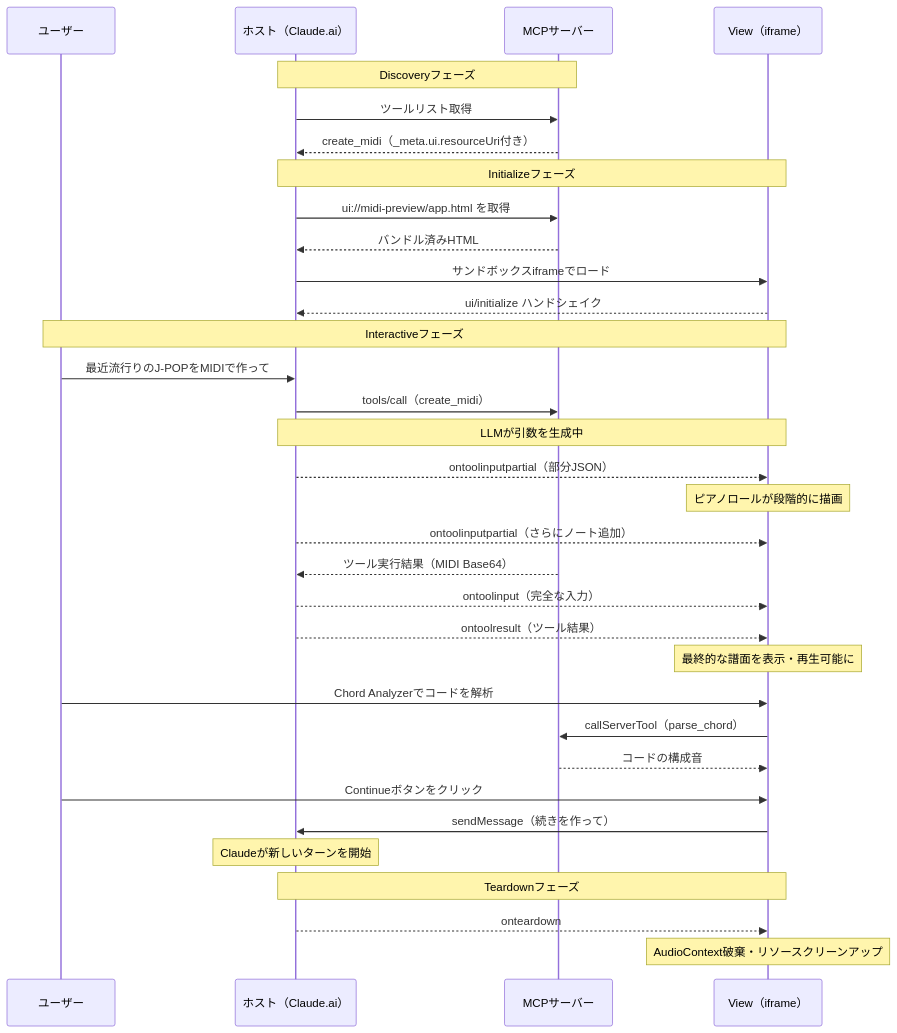
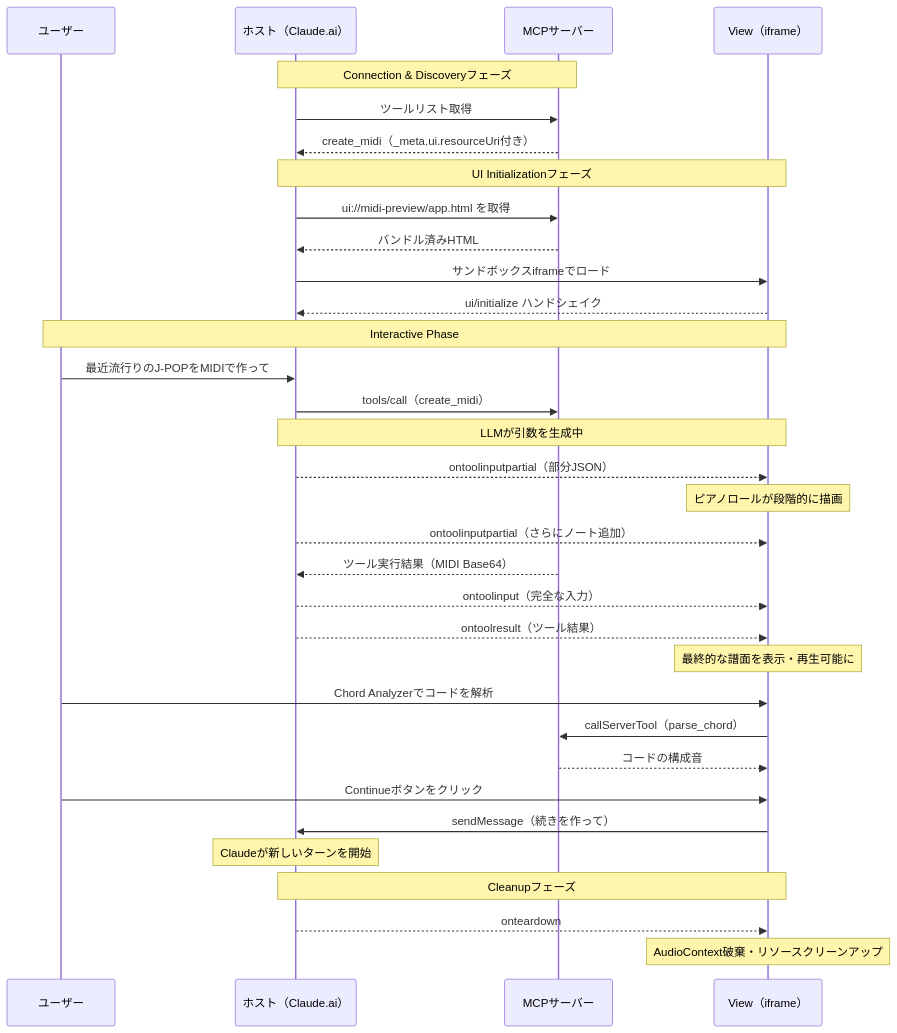
The diagram in src/content/blog/2026-04-11-midi-mcp-server-mcp-apps.md (tubone24/blog), drawn with Mermaid before and after one commit. The commit also changed other lines of this file, not shown here.

````diff
--- a/src/content/blog/2026-04-11-midi-mcp-server-mcp-apps.md
+++ b/src/content/blog/2026-04-11-midi-mcp-server-mcp-apps.md
@@ -112,41 +114,41 @@
 ```mermaid
 sequenceDiagram
     participant User as ユーザー
     participant Host as ホスト（Claude.ai）
     participant Server as MCPサーバー
     participant View as View（iframe）
 
-    Note over Host,Server: Discoveryフェーズ
+    Note over Host,Server: Connection & Discoveryフェーズ
     Host->>Server: ツールリスト取得
     Server-->>Host: create_midi（_meta.ui.resourceUri付き）
 
-    Note over Host,View: Initializeフェーズ
+    Note over Host,View: UI Initializationフェーズ
     Host->>Server: ui://midi-preview/app.html を取得
     Server-->>Host: バンドル済みHTML
     Host->>View: サンドボックスiframeでロード
     View-->>Host: ui/initialize ハンドシェイク
 
-    Note over User,View: Interactiveフェーズ
+    Note over User,View: Interactive Phase
     User->>Host: 最近流行りのJ-POPをMIDIで作って
     Host->>Server: tools/call（create_midi）
     Note over Host,View: LLMが引数を生成中
     Host-->>View: ontoolinputpartial（部分JSON）
     Note over View: ピアノロールが段階的に描画
     Host-->>View: ontoolinputpartial（さらにノート追加）
     Server-->>Host: ツール実行結果（MIDI Base64）
     Host-->>View: ontoolinput（完全な入力）
     Host-->>View: ontoolresult（ツール結果）
     Note over View: 最終的な譜面を表示・再生可能に
 
     User->>View: Chord Analyzerでコードを解析
     View->>Server: callServerTool（parse_chord）
     Server-->>View: コードの構成音
 
     User->>View: Continueボタンをクリック
     View->>Host: sendMessage（続きを作って）
     Note over Host: Claudeが新しいターンを開始
 
-    Note over Host,View: Teardownフェーズ
+    Note over Host,View: Cleanupフェーズ
     Host-->>View: onteardown
     Note over View: AudioContext破棄・リソースクリーンアップ
 ```
````
